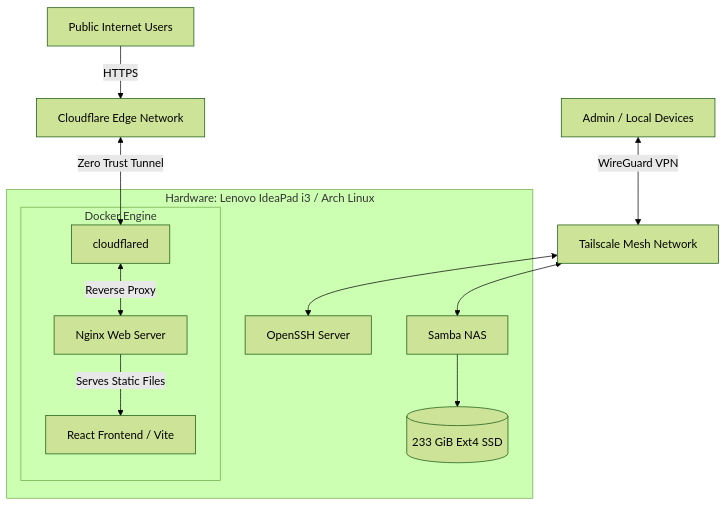
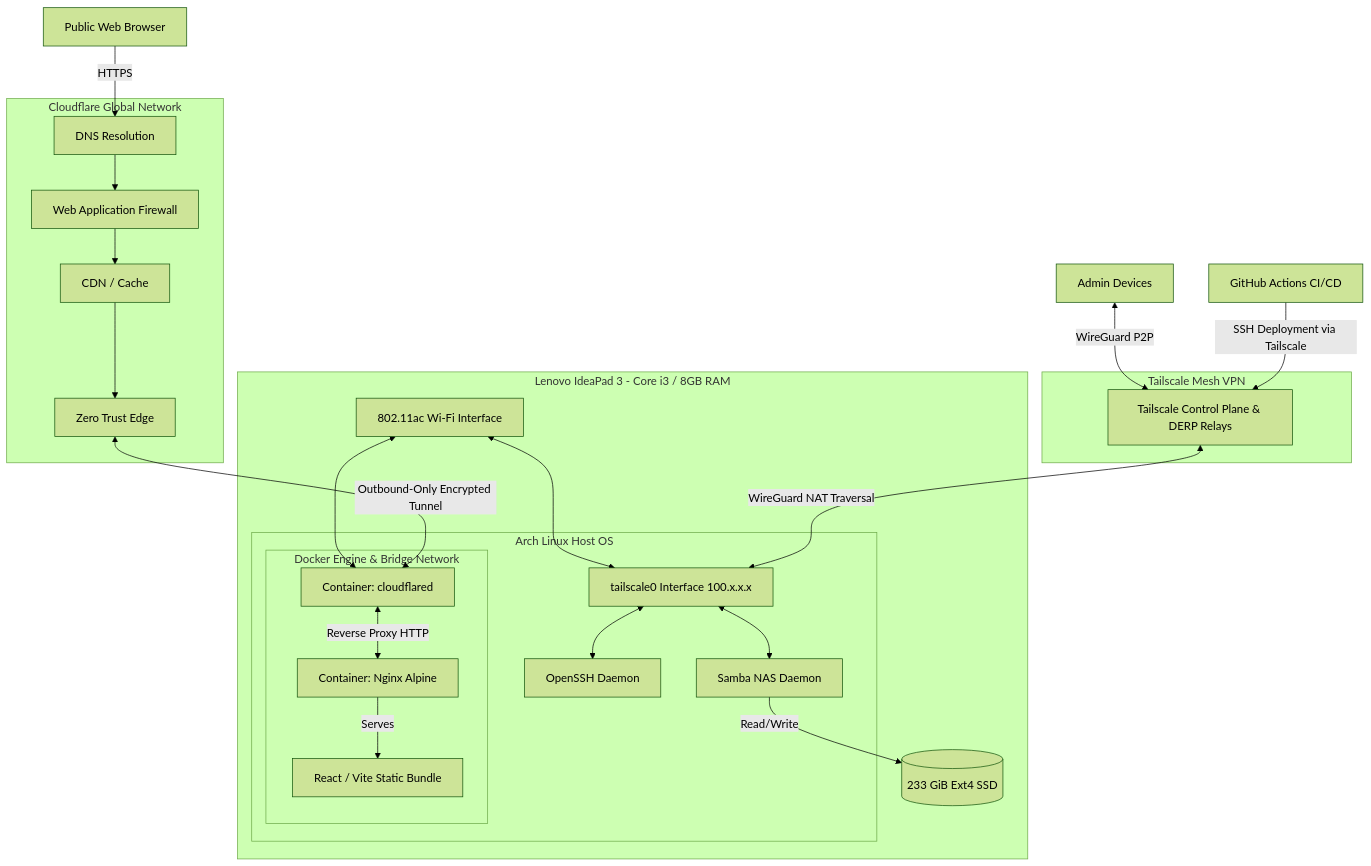
The diagram in README.md (tanmayhutt/arch-server), drawn with Mermaid (forest theme) before and after one commit. The commit also changed other lines of this file and 1 other file, not shown here.

Commit message:
docs: upgrade architecture diagram to be ultra-precise with detailed networking and hardware layouts

````diff
--- a/README.md
+++ b/README.md
@@ -27,39 +27,59 @@
 ```mermaid
 graph TD
-    %% External Actors
-    User[Public Internet Users]
-    Admin[Admin / Local Devices]
+    %% EXTERNAL
+    User[Public Web Browser]
+    Admin[Admin Devices]
+    GH[GitHub Actions CI/CD]
 
-    %% External Networks
-    CF[Cloudflare Edge Network]
-    TS[Tailscale Mesh Network]
+    %% CLOUDFLARE EDGE
+    subgraph Cloudflare [Cloudflare Global Network]
+        DNS[DNS Resolution]
+        WAF[Web Application Firewall]
+        CDN[CDN / Cache]
+        ZT[Zero Trust Edge]
+        DNS --> WAF --> CDN --> ZT
+    end
+    User -->|HTTPS| DNS
 
-    %% Hardware & Host OS
-    subgraph Host [Hardware: Lenovo IdeaPad i3 / Arch Linux]
+    %% TAILSCALE
+    subgraph Tailscale [Tailscale Mesh VPN]
+        DERP[Tailscale Control Plane & DERP Relays]
+    end
+    Admin <-->|WireGuard P2P| DERP
+    GH -->|SSH Deployment via Tailscale| DERP
+
+    %% PHYSICAL HARDWARE
+    subgraph Hardware [Lenovo IdeaPad 3 - Core i3 / 8GB RAM]
+        WLAN[802.11ac Wi-Fi Interface]
+        SSD[(233 GiB Ext4 SSD)]
+
+        %% ARCH LINUX OS
+        subgraph ArchHost [Arch Linux Host OS]
+            TS0[tailscale0 Interface 100.x.x.x]
+            SSHD[OpenSSH Daemon]
+            SMBD[Samba NAS Daemon]
+            
+            %% DOCKER
+            subgraph Docker [Docker Engine & Bridge Network]
+                CF_Tunnel[Container: cloudflared]
+                NGINX[Container: Nginx Alpine]
+                REACT[React / Vite Static Bundle]
+                
+                CF_Tunnel <-->|Reverse Proxy HTTP| NGINX
+                NGINX -->|Serves| REACT
+            end
+        end
         
-        %% Docker Network
-        subgraph Docker [Docker Engine]
-            CF_Tunnel[cloudflared]
-            Nginx[Nginx Web Server]
-            React[React Frontend / Vite]
-            
-            CF_Tunnel <-->|Reverse Proxy| Nginx
-            Nginx -->|Serves Static Files| React
-        end
-
-        %% Host Services
-        SSH[OpenSSH Server]
-        Samba[Samba NAS]
-        Ext4[(233 GiB Ext4 SSD)]
-
-        Samba --> Ext4
+        %% Internal OS bindings
+        WLAN <--> TS0
+        WLAN <--> CF_Tunnel
+        
+        TS0 <--> SSHD
+        TS0 <--> SMBD
+        SMBD -->|Read/Write| SSD
     end
-
-    %% Connections
-    User -->|HTTPS| CF
-    CF <-->|Zero Trust Tunnel| CF_Tunnel
     
-    Admin <-->|WireGuard VPN| TS
-    TS <--> SSH
-    TS <--> Samba
+    %% External to Hardware Bindings
+    ZT <-->|Outbound-Only Encrypted Tunnel| CF_Tunnel
+    DERP <-->|WireGuard NAT Traversal| TS0
 ```
````
